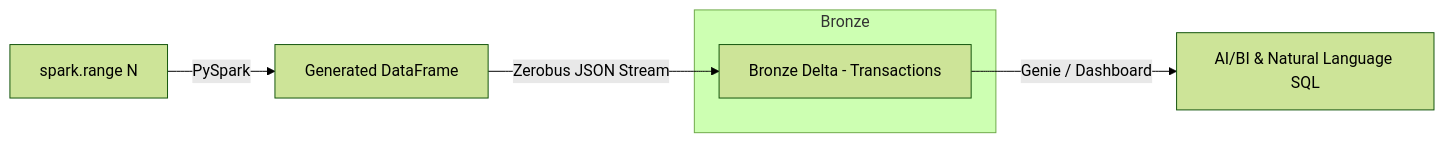
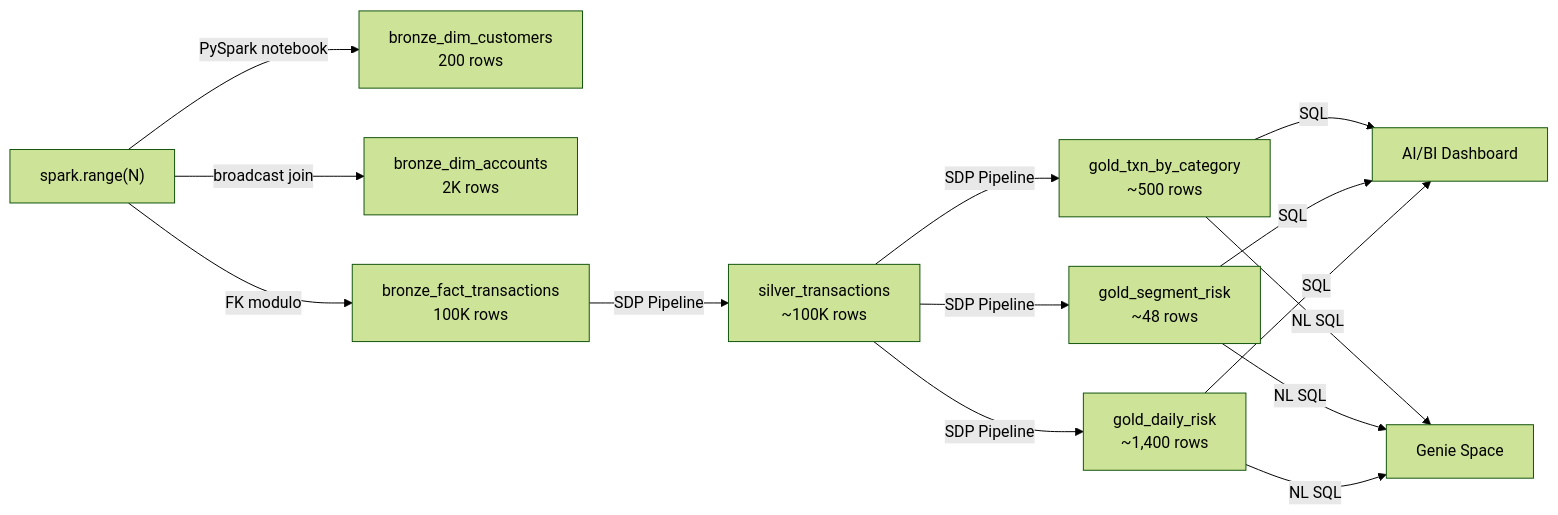
The diagram in finserv_lakehouse/README.md (slysik/dbx-sa-build-demo-pitch), drawn with Mermaid (forest theme) before and after one commit. The commit also changed other lines of this file and 16 other files, not shown here.

Commit message:
fix: finserv_lakehouse — fix txn_status collision, remove double dim write, rename pipeline/job to finserv_*

````diff
--- a/finserv_lakehouse/README.md
+++ b/finserv_lakehouse/README.md
@@ -7,10 +7,14 @@
 ```mermaid
 graph LR
-    A[spark.range N] -->|PySpark| B[Generated DataFrame]
-    B -->|Zerobus JSON Stream| C[Bronze Delta - Transactions]
-    C -->|Genie / Dashboard| D[AI/BI & Natural Language SQL]
+    GEN["spark.range(N)"] -->|PySpark notebook| B1[bronze_dim_customers\n200 rows]
+    GEN -->|broadcast join| B2[bronze_dim_accounts\n2K rows]
+    GEN -->|FK modulo| B3[bronze_fact_transactions\n100K rows]
 
-    subgraph Bronze
-        C
-    end
+    B3 -->|SDP Pipeline| S[silver_transactions\n~100K rows]
+    S  -->|SDP Pipeline| G1[gold_txn_by_category\n~500 rows]
+    S  -->|SDP Pipeline| G2[gold_segment_risk\n~48 rows]
+    S  -->|SDP Pipeline| G3[gold_daily_risk\n~1,400 rows]
+
+    G1 & G2 & G3 -->|SQL| DASH[AI/BI Dashboard]
+    G1 & G2 & G3 -->|NL SQL| GENIE[Genie Space]
 ```
````
